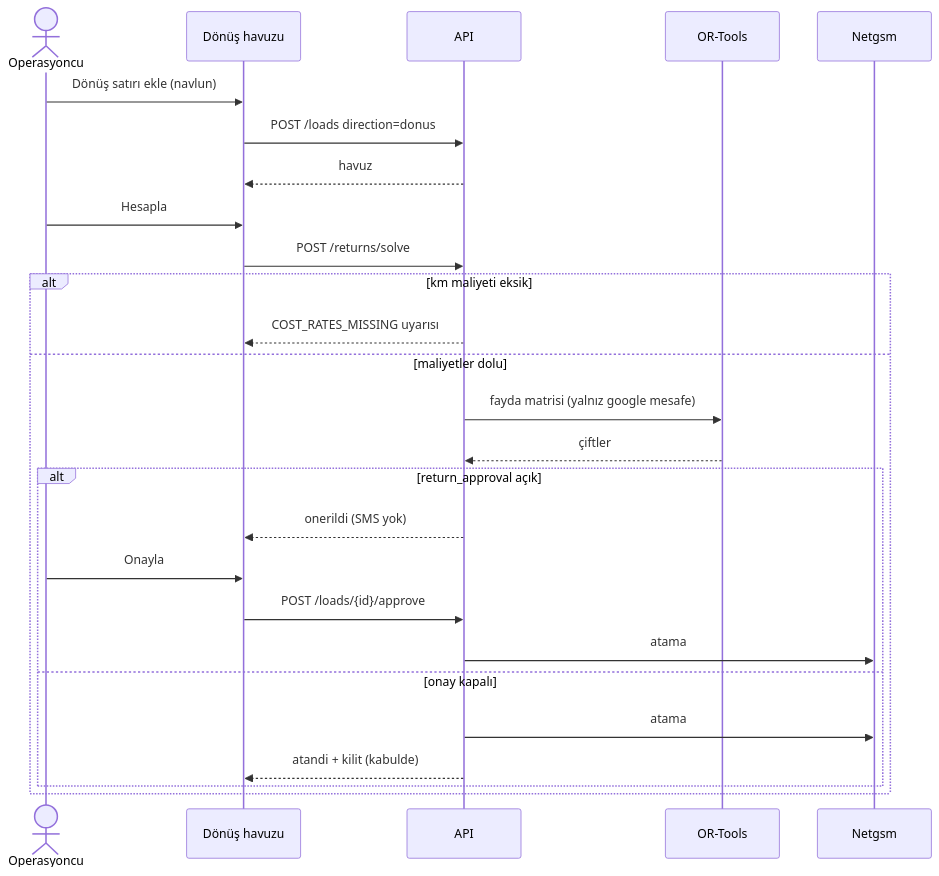
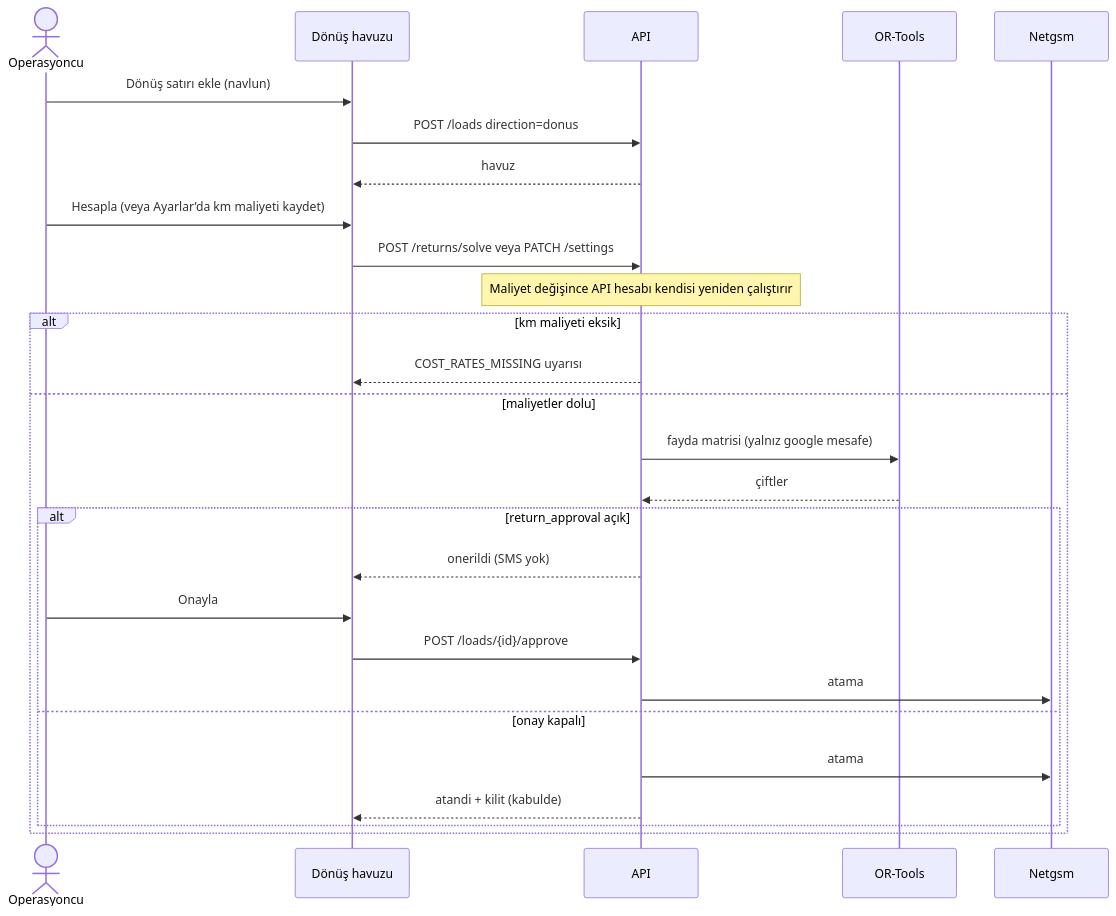
The sixth of 15 diagrams in docs/workflow.md (muslumcanozata/backhaul), drawn with Mermaid before and after one commit. The commit also changed other lines of this file and 13 other files, not shown here.

````diff
--- a/docs/workflow.md
+++ b/docs/workflow.md
@@ -172,30 +171,31 @@
 ```mermaid
 sequenceDiagram
   actor Ops as Operasyoncu
   participant UI as Dönüş havuzu
   participant API as API
   participant Solver as OR-Tools
   participant SMS as Netgsm
 
   Ops->>UI: Dönüş satırı ekle (navlun)
   UI->>API: POST /loads direction=donus
   API-->>UI: havuz
 
-  Ops->>UI: Hesapla
-  UI->>API: POST /returns/solve
+  Ops->>UI: Hesapla (veya Ayarlar’da km maliyeti kaydet)
+  UI->>API: POST /returns/solve veya PATCH /settings
+  Note over API: Maliyet değişince API hesabı kendisi yeniden çalıştırır
   alt km maliyeti eksik
     API-->>UI: COST_RATES_MISSING uyarısı
   else maliyetler dolu
     API->>Solver: fayda matrisi (yalnız google mesafe)
     Solver-->>API: çiftler
     alt return_approval açık
       API-->>UI: onerildi (SMS yok)
       Ops->>UI: Onayla
       UI->>API: POST /loads/{id}/approve
       API->>SMS: atama
     else onay kapalı
       API->>SMS: atama
       API-->>UI: atandi + kilit (kabulde)
     end
   end
 ```
````
